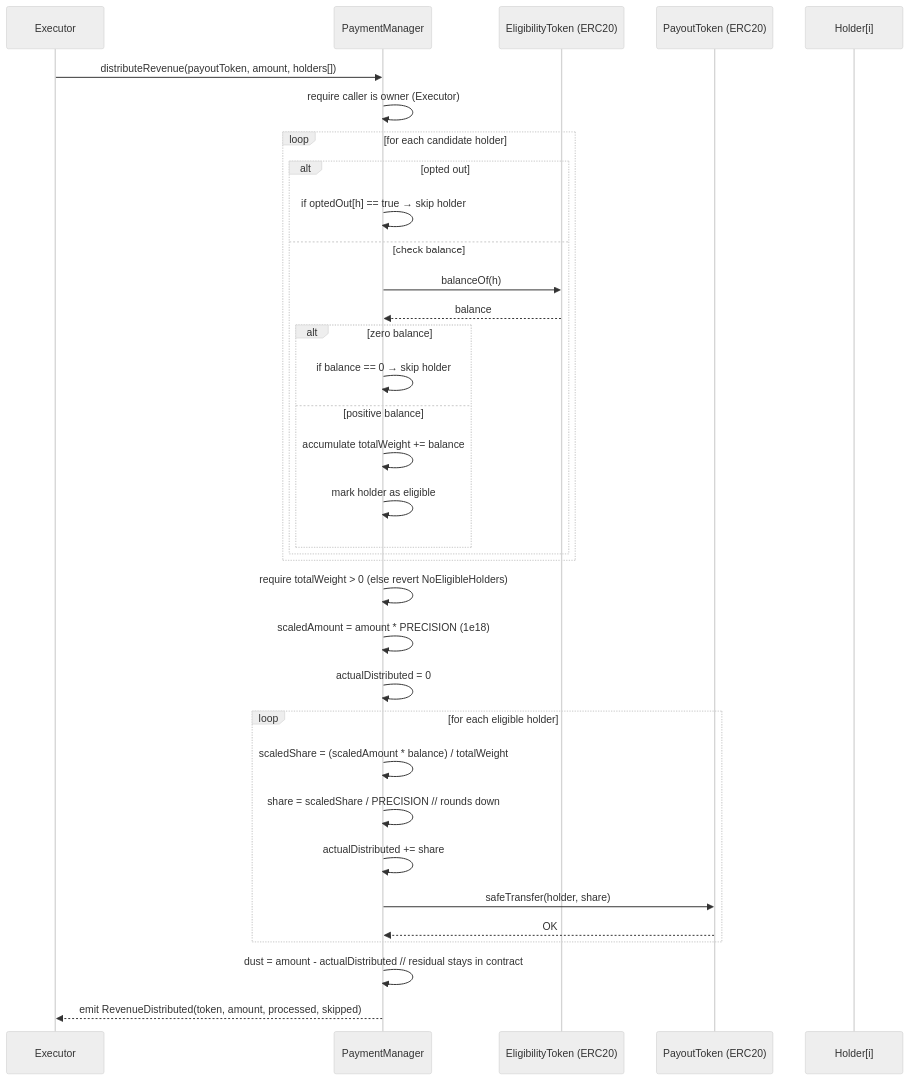
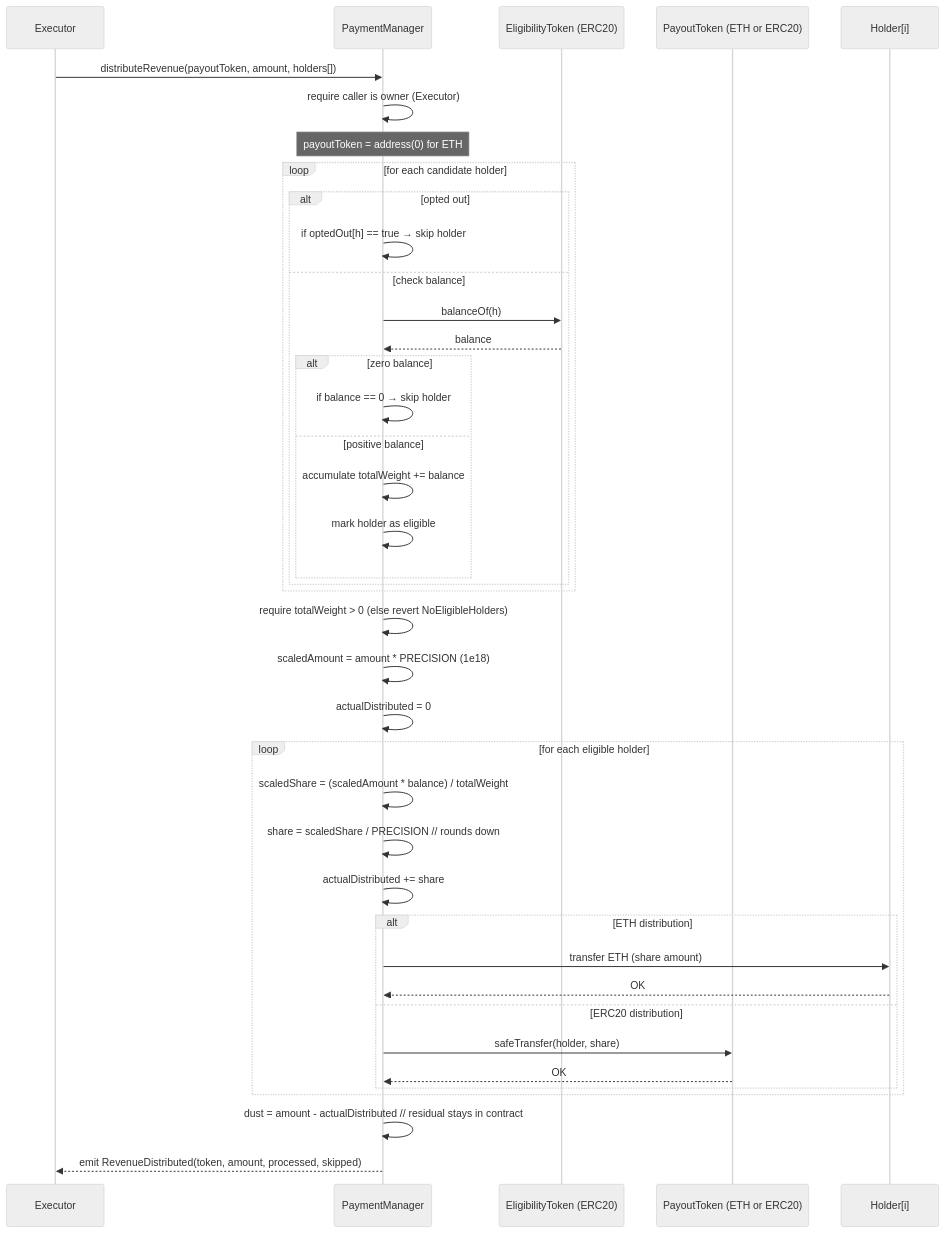
The third of 4 diagrams in PaymentManager-TechnicalSpec.md (PerpetualOrganizationArchitect/POP), drawn with Mermaid (neutral theme) before and after one commit. The commit also changed other lines of this file, not shown here.

First line of the commit message:
Refactor: Re-add native ETH payment support

````diff
--- a/PaymentManager-TechnicalSpec.md
+++ b/PaymentManager-TechnicalSpec.md
@@ -213,37 +224,43 @@
 ```mermaid
 sequenceDiagram
     participant E as Executor
     participant PM as PaymentManager
     participant ET as EligibilityToken (ERC20)
-    participant RT as PayoutToken (ERC20)
+    participant PT as PayoutToken (ETH or ERC20)
     participant H as Holder[i]
 
     E->>PM: distributeRevenue(payoutToken, amount, holders[])
     PM->>PM: require caller is owner (Executor)
+    Note over PM: payoutToken = address(0) for ETH
     loop for each candidate holder
       alt opted out
         PM->>PM: if optedOut[h] == true → skip holder
       else check balance
         PM->>ET: balanceOf(h)
         ET-->>PM: balance
         alt zero balance
           PM->>PM: if balance == 0 → skip holder
         else positive balance
           PM->>PM: accumulate totalWeight += balance
           PM->>PM: mark holder as eligible
         end
       end
     end
     PM->>PM: require totalWeight > 0 (else revert NoEligibleHolders)
     PM->>PM: scaledAmount = amount * PRECISION (1e18)
     PM->>PM: actualDistributed = 0
     loop for each eligible holder
       PM->>PM: scaledShare = (scaledAmount * balance) / totalWeight
       PM->>PM: share = scaledShare / PRECISION  // rounds down
       PM->>PM: actualDistributed += share
-      PM->>RT: safeTransfer(holder, share)
-      RT-->>PM: OK
+      alt ETH distribution
+        PM->>H: transfer ETH (share amount)
+        H-->>PM: OK
+      else ERC20 distribution
+        PM->>PT: safeTransfer(holder, share)
+        PT-->>PM: OK
+      end
     end
     PM->>PM: dust = amount - actualDistributed  // residual stays in contract
     PM-->>E: emit RevenueDistributed(token, amount, processed, skipped)
 ```
````
